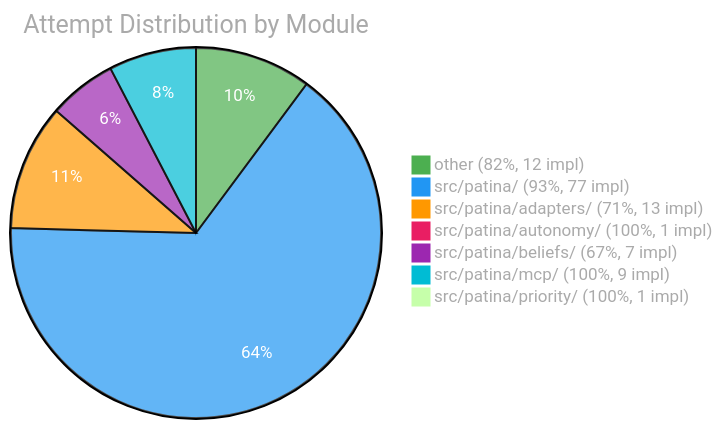
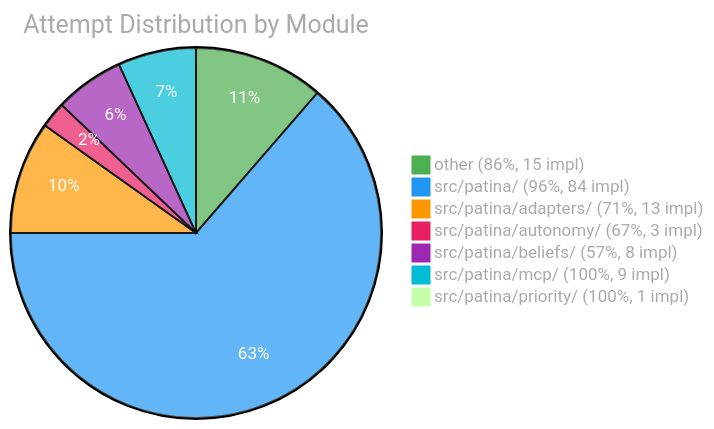
One commit to Bhavy-Ranka/patina changed the third of 3 diagrams in EVAL.md. Above: the diagram before and after it, drawn with Mermaid. The commit also changed other lines of this file and 1 other file, not shown here.

````diff
--- a/EVAL.md
+++ b/EVAL.md
@@ -98,11 +116,11 @@
 ```mermaid
 %%{init: {'theme': 'base', 'themeVariables': {'pie1': '#4CAF50', 'pie2': '#2196F3', 'pie3': '#FF9800', 'pie4': '#E91E63', 'pie5': '#9C27B0', 'pie6': '#00BCD4', 'pieTitleTextColor': '#aaa', 'pieLegendTextColor': '#aaa', 'pieSectionTextColor': '#fff'}}}%%
 pie title Attempt Distribution by Module
-    "other (82%, 12 impl)" : 12
-    "src/patina/ (93%, 77 impl)" : 77
+    "other (86%, 15 impl)" : 15
+    "src/patina/ (96%, 84 impl)" : 84
     "src/patina/adapters/ (71%, 13 impl)" : 13
-    "src/patina/autonomy/ (100%, 1 impl)" : 1
-    "src/patina/beliefs/ (67%, 7 impl)" : 7
+    "src/patina/autonomy/ (67%, 3 impl)" : 3
+    "src/patina/beliefs/ (57%, 8 impl)" : 8
     "src/patina/mcp/ (100%, 9 impl)" : 9
     "src/patina/priority/ (100%, 1 impl)" : 1
 ```
````
